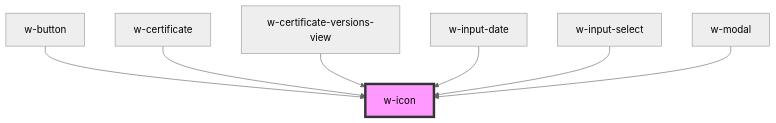
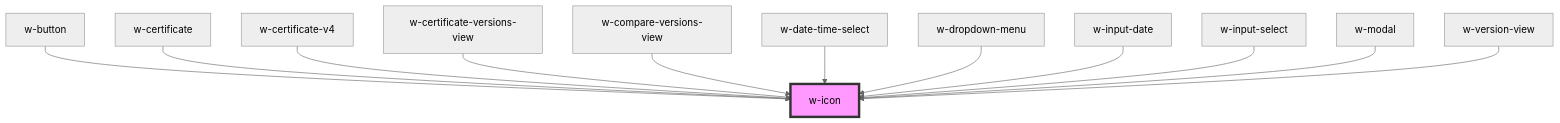
The diagram in src/components/w-icon/readme.md (wordproof/ui), drawn with Mermaid (neutral theme) before and after one commit. The commit also changed other lines of this file and 11 other files, not shown here.

````diff
--- a/src/components/w-icon/readme.md
+++ b/src/components/w-icon/readme.md
@@ -28,10 +33,15 @@
 ```mermaid
 graph TD;
   w-button --> w-icon
   w-certificate --> w-icon
+  w-certificate-v4 --> w-icon
   w-certificate-versions-view --> w-icon
+  w-compare-versions-view --> w-icon
+  w-date-time-select --> w-icon
+  w-dropdown-menu --> w-icon
   w-input-date --> w-icon
   w-input-select --> w-icon
   w-modal --> w-icon
+  w-version-view --> w-icon
   style w-icon fill:#f9f,stroke:#333,stroke-width:4px
 ```
````
